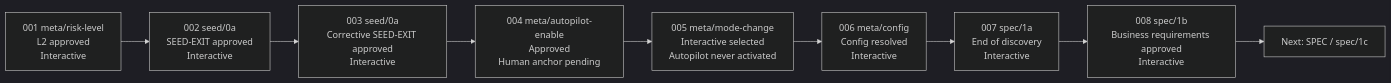
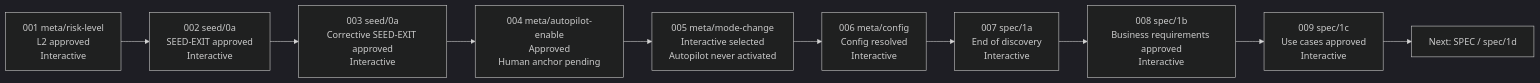
The diagram in twtty/replay-execution/execution-diagram.md (dvazqueb11/demo-agentic-workflow-sample), drawn with Mermaid (dark theme) before and after one commit. The commit also changed 3 other files, not shown here.

````diff
--- a/twtty/replay-execution/execution-diagram.md
+++ b/twtty/replay-execution/execution-diagram.md
@@ -5,14 +5,15 @@
 ```mermaid
 flowchart LR
     R["001 meta/risk-level<br/>L2 approved<br/>Interactive"]
     S["002 seed/0a<br/>SEED-EXIT approved<br/>Interactive"]
     C["003 seed/0a<br/>Corrective SEED-EXIT approved<br/>Interactive"]
     A["004 meta/autopilot-enable<br/>Approved<br/>Human anchor pending"]
     I["005 meta/mode-change<br/>Interactive selected<br/>Autopilot never activated"]
     G["006 meta/config<br/>Config resolved<br/>Interactive"]
     D["007 spec/1a<br/>End of discovery<br/>Interactive"]
     B["008 spec/1b<br/>Business requirements approved<br/>Interactive"]
-    N["Next: SPEC / spec/1c"]
+    U["009 spec/1c<br/>Use cases approved<br/>Interactive"]
+    N["Next: SPEC / spec/1d"]
 
-    R --> S --> C --> A --> I --> G --> D --> B --> N
+    R --> S --> C --> A --> I --> G --> D --> B --> U --> N
 ```
````
